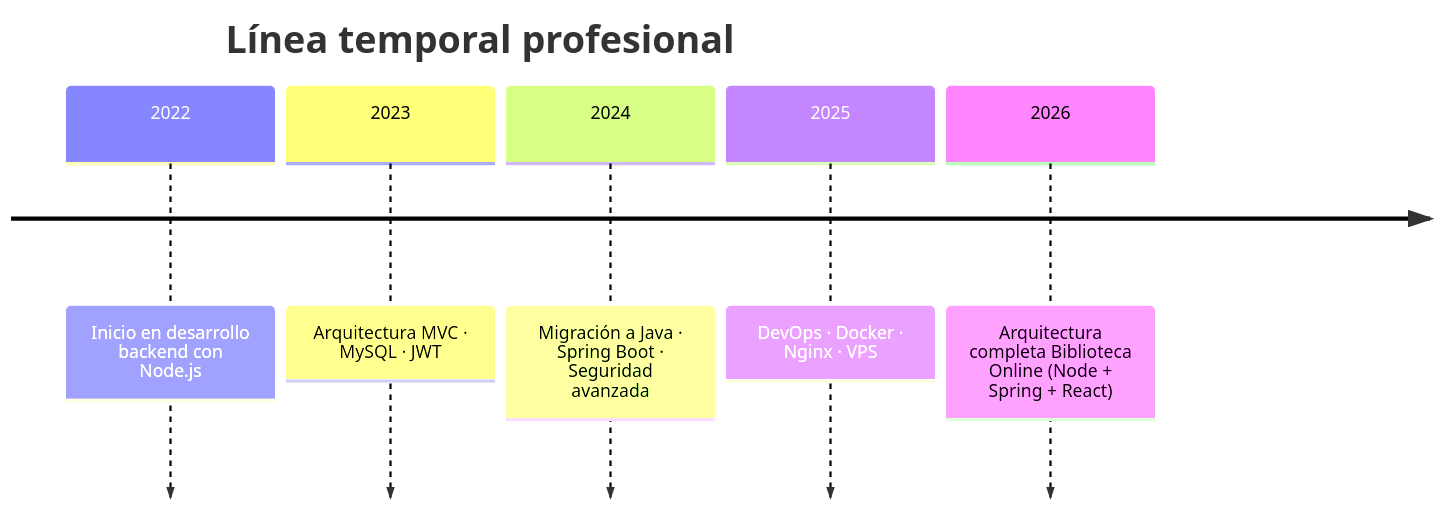
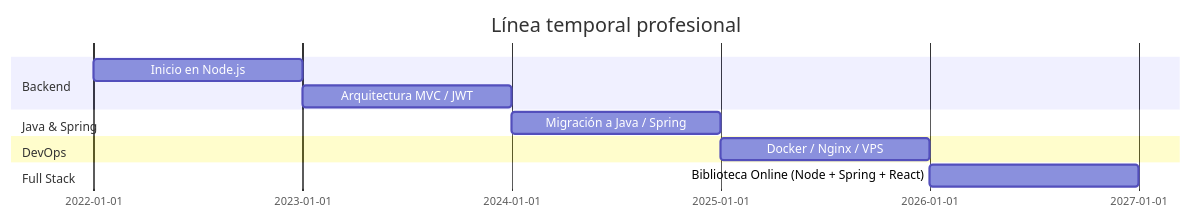
One commit to DEVSAM1966/DEVSAM1966 changed the diagram in README.md. Above: the diagram before and after it, drawn with Mermaid. The commit also changed other lines of this file, not shown here.

Commit message:
Add GitHub stats and update experience timeline

````diff
--- a/README.md
+++ b/README.md
@@ -128,10 +137,18 @@
 ```mermaid
-%%{init: {'theme': 'default', 'timeline': {'disableMulticolor': false, 'useMaxWidth': false}}}%%
-timeline
+gantt
+    dateFormat  YYYY
     title Línea temporal profesional
-    2022 : Inicio en desarrollo backend con Node.js
-    2023 : Arquitectura MVC · MySQL · JWT
-    2024 : Migración a Java · Spring Boot · Seguridad avanzada
-    2025 : DevOps · Docker · Nginx · VPS
-    2026 : Arquitectura completa Biblioteca Online (Node + Spring + React)
+
+    section Backend
+    Inicio en Node.js           :2022, 1y
+    Arquitectura MVC / JWT      :2023, 1y
+
+    section Java & Spring
+    Migración a Java / Spring   :2024, 1y
+
+    section DevOps
+    Docker / Nginx / VPS        :2025, 1y
+
+    section Full Stack
+    Biblioteca Online (Node + Spring + React) :2026, 1y
 ```
````
